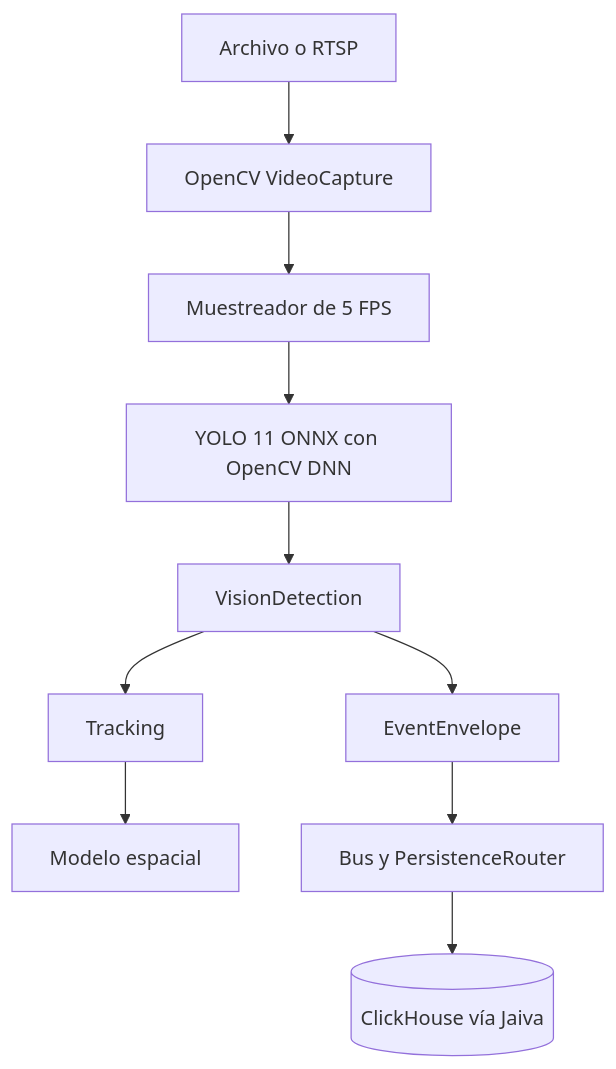
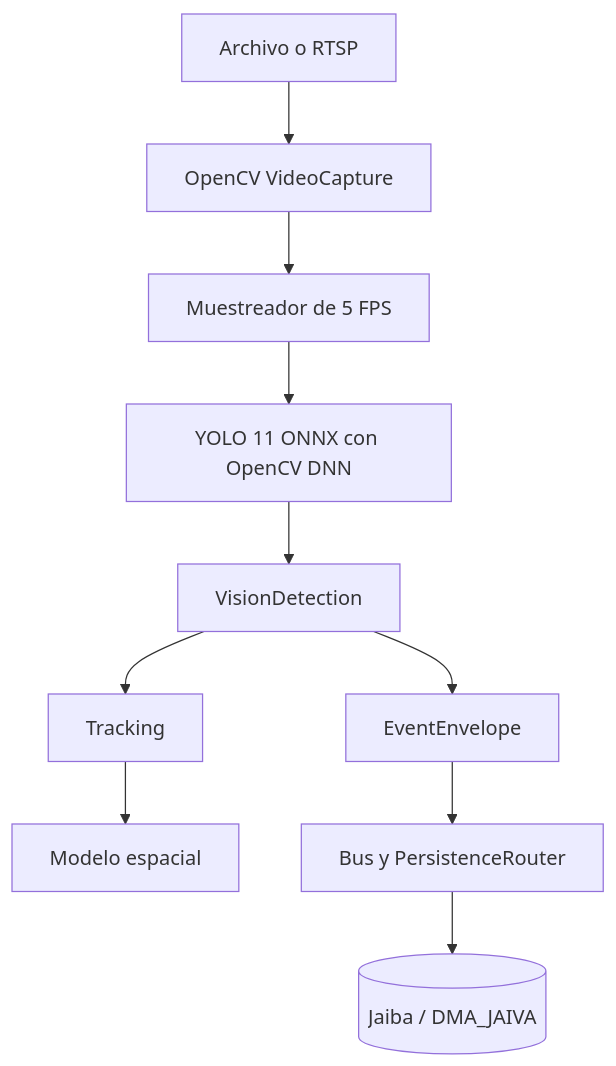
One commit to dfr2098/broder changed the diagram in docs/README.md. Above: the diagram before and after it, drawn with Mermaid. The commit also changed other lines of this file and 26 other files, not shown here.

````diff
--- a/docs/README.md
+++ b/docs/README.md
@@ -27,12 +27,12 @@
 ```mermaid
 flowchart TD
     SRC[Archivo o RTSP] --> CAP[OpenCV VideoCapture]
     CAP --> SAMPLE[Muestreador de 5 FPS]
     SAMPLE --> YOLO[YOLO 11 ONNX con OpenCV DNN]
     YOLO --> DET[VisionDetection]
     DET --> TRACK[Tracking]
     TRACK --> SPATIAL[Modelo espacial]
     DET --> EVENT[EventEnvelope]
     EVENT --> BUS[Bus y PersistenceRouter]
-    BUS --> CH[(ClickHouse vía Jaiva)]
+    BUS --> JB[(Jaiba / DMA_JAIVA)]
 ```
````
